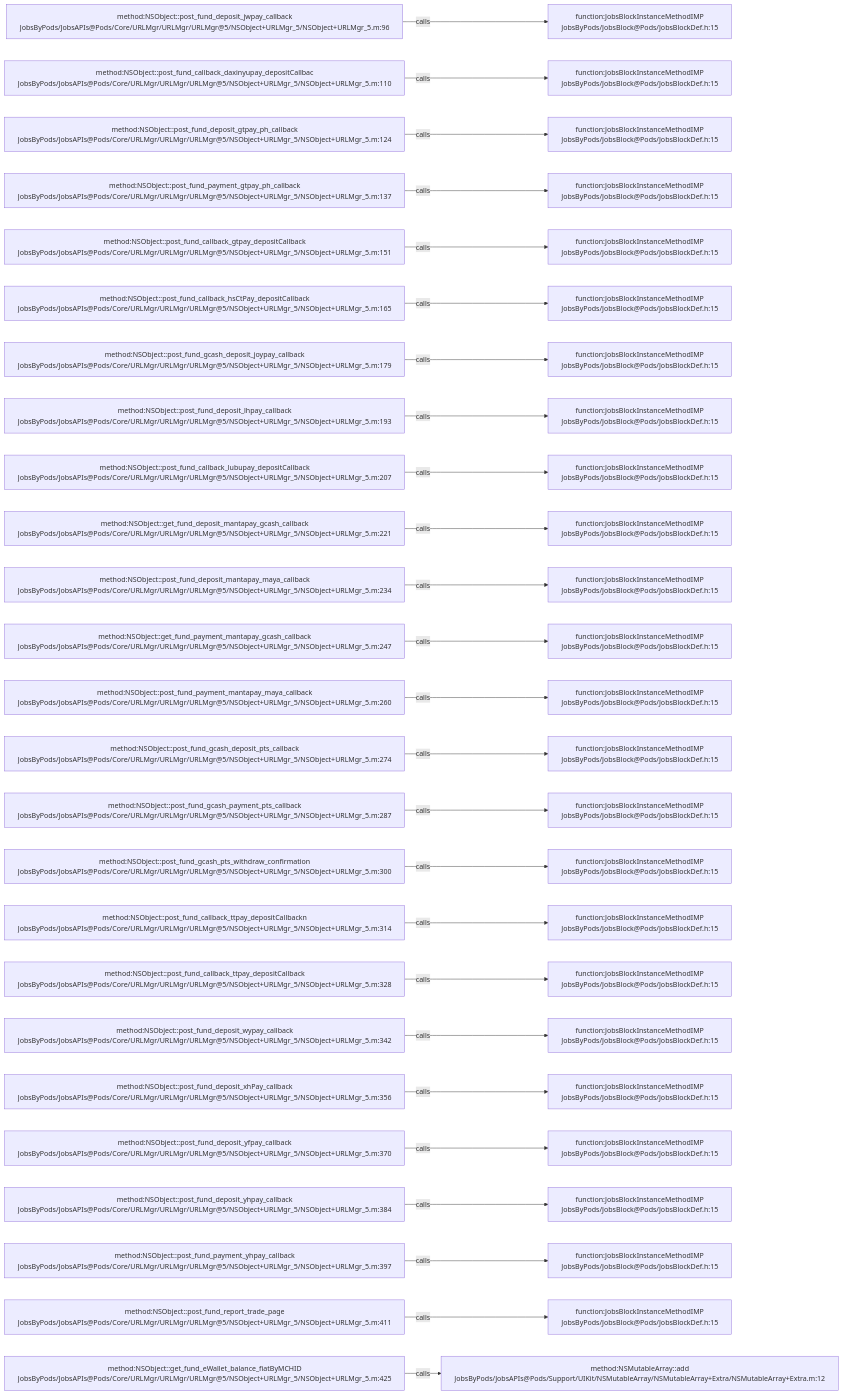
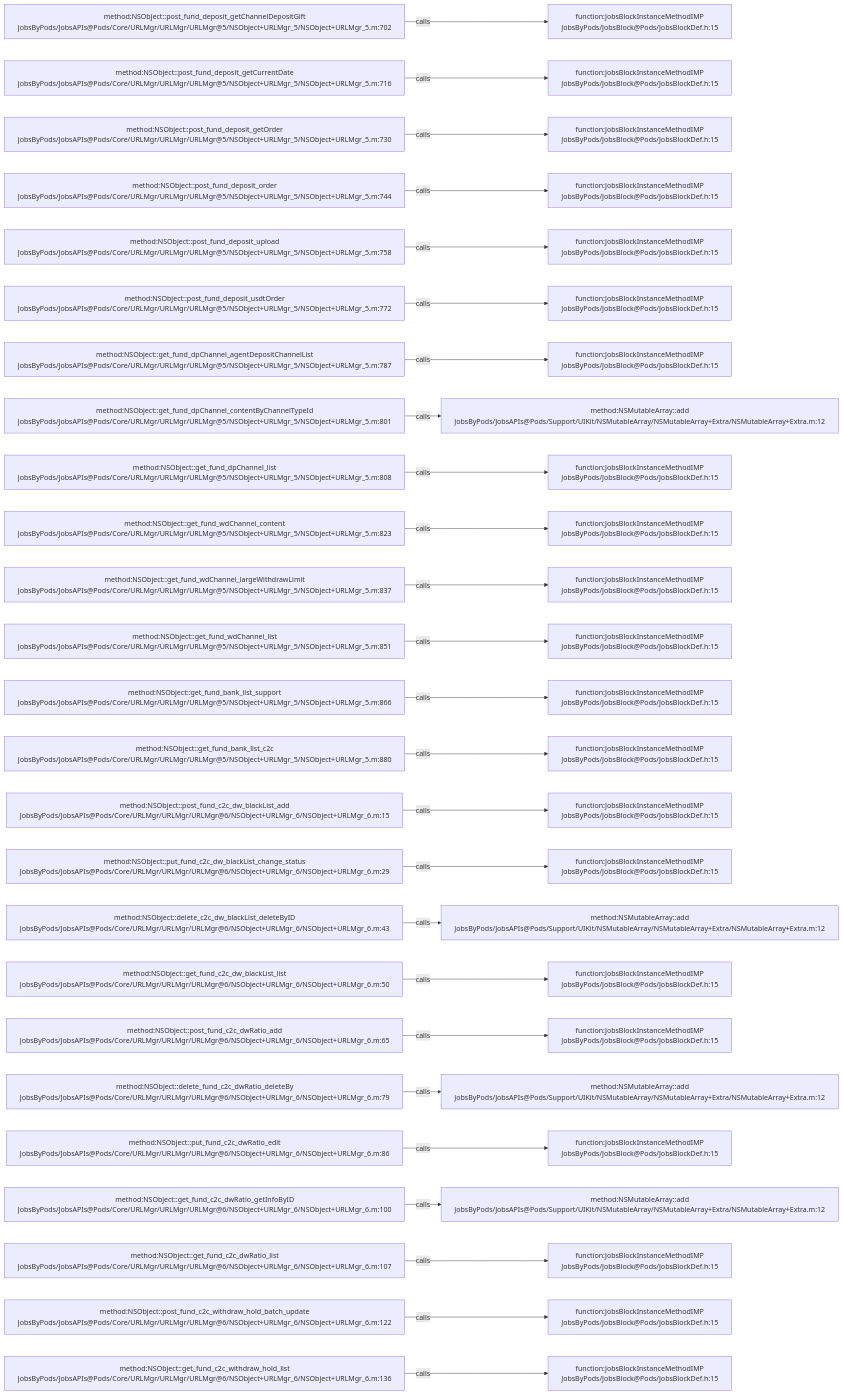
One commit to JobsKits/JobsOCBaseConfigDemo changed the diagram in .codegraph/codegraph.md/graphs/calls-064.md. Above: the diagram before and after it, drawn with Mermaid. The commit also changed 223 other files, not shown here.

````diff
--- a/.codegraph/codegraph.md/graphs/calls-064.md
+++ b/.codegraph/codegraph.md/graphs/calls-064.md
@@ -13,78 +13,78 @@
 ```mermaid
 flowchart LR
-  S1["method:NSObject::post_fund_deposit_jwpay_callback<br/>JobsByPods/JobsAPIs@Pods/Core/URLMgr/URLMgr/URLMgr@5/NSObject+URLMgr_5/NSObject+URLMgr_5.m:96"]
+  S1["method:NSObject::post_fund_deposit_getChannelDepositGift<br/>JobsByPods/JobsAPIs@Pods/Core/URLMgr/URLMgr/URLMgr@5/NSObject+URLMgr_5/NSObject+URLMgr_5.m:702"]
   T1["function:JobsBlockInstanceMethodIMP<br/>JobsByPods/JobsBlock@Pods/JobsBlockDef.h:15"]
   S1 -->|calls| T1
-  S2["method:NSObject::post_fund_callback_daxinyupay_depositCallbac<br/>JobsByPods/JobsAPIs@Pods/Core/URLMgr/URLMgr/URLMgr@5/NSObject+URLMgr_5/NSObject+URLMgr_5.m:110"]
+  S2["method:NSObject::post_fund_deposit_getCurrentDate<br/>JobsByPods/JobsAPIs@Pods/Core/URLMgr/URLMgr/URLMgr@5/NSObject+URLMgr_5/NSObject+URLMgr_5.m:716"]
   T2["function:JobsBlockInstanceMethodIMP<br/>JobsByPods/JobsBlock@Pods/JobsBlockDef.h:15"]
   S2 -->|calls| T2
-  S3["method:NSObject::post_fund_deposit_gtpay_ph_callback<br/>JobsByPods/JobsAPIs@Pods/Core/URLMgr/URLMgr/URLMgr@5/NSObject+URLMgr_5/NSObject+URLMgr_5.m:124"]
+  S3["method:NSObject::post_fund_deposit_getOrder<br/>JobsByPods/JobsAPIs@Pods/Core/URLMgr/URLMgr/URLMgr@5/NSObject+URLMgr_5/NSObject+URLMgr_5.m:730"]
   T3["function:JobsBlockInstanceMethodIMP<br/>JobsByPods/JobsBlock@Pods/JobsBlockDef.h:15"]
   S3 -->|calls| T3
-  S4["method:NSObject::post_fund_payment_gtpay_ph_callback<br/>JobsByPods/JobsAPIs@Pods/Core/URLMgr/URLMgr/URLMgr@5/NSObject+URLMgr_5/NSObject+URLMgr_5.m:137"]
+  S4["method:NSObject::post_fund_deposit_order<br/>JobsByPods/JobsAPIs@Pods/Core/URLMgr/URLMgr/URLMgr@5/NSObject+URLMgr_5/NSObject+URLMgr_5.m:744"]
   T4["function:JobsBlockInstanceMethodIMP<br/>JobsByPods/JobsBlock@Pods/JobsBlockDef.h:15"]
   S4 -->|calls| T4
-  S5["method:NSObject::post_fund_callback_gtpay_depositCallback<br/>JobsByPods/JobsAPIs@Pods/Core/URLMgr/URLMgr/URLMgr@5/NSObject+URLMgr_5/NSObject+URLMgr_5.m:151"]
+  S5["method:NSObject::post_fund_deposit_upload<br/>JobsByPods/JobsAPIs@Pods/Core/URLMgr/URLMgr/URLMgr@5/NSObject+URLMgr_5/NSObject+URLMgr_5.m:758"]
   T5["function:JobsBlockInstanceMethodIMP<br/>JobsByPods/JobsBlock@Pods/JobsBlockDef.h:15"]
   S5 -->|calls| T5
-  S6["method:NSObject::post_fund_callback_hsCtPay_depositCallback<br/>JobsByPods/JobsAPIs@Pods/Core/URLMgr/URLMgr/URLMgr@5/NSObject+URLMgr_5/NSObject+URLMgr_5.m:165"]
+  S6["method:NSObject::post_fund_deposit_usdtOrder<br/>JobsByPods/JobsAPIs@Pods/Core/URLMgr/URLMgr/URLMgr@5/NSObject+URLMgr_5/NSObject+URLMgr_5.m:772"]
   T6["function:JobsBlockInstanceMethodIMP<br/>JobsByPods/JobsBlock@Pods/JobsBlockDef.h:15"]
   S6 -->|calls| T6
-  S7["method:NSObject::post_fund_gcash_deposit_joypay_callback<br/>JobsByPods/JobsAPIs@Pods/Core/URLMgr/URLMgr/URLMgr@5/NSObject+URLMgr_5/NSObject+URLMgr_5.m:179"]
+  S7["method:NSObject::get_fund_dpChannel_agentDepositChannelList<br/>JobsByPods/JobsAPIs@Pods/Core/URLMgr/URLMgr/URLMgr@5/NSObject+URLMgr_5/NSObject+URLMgr_5.m:787"]
   T7["function:JobsBlockInstanceMethodIMP<br/>JobsByPods/JobsBlock@Pods/JobsBlockDef.h:15"]
   S7 -->|calls| T7
-  S8["method:NSObject::post_fund_deposit_lhpay_callback<br/>JobsByPods/JobsAPIs@Pods/Core/URLMgr/URLMgr/URLMgr@5/NSObject+URLMgr_5/NSObject+URLMgr_5.m:193"]
-  T8["function:JobsBlockInstanceMethodIMP<br/>JobsByPods/JobsBlock@Pods/JobsBlockDef.h:15"]
+  S8["method:NSObject::get_fund_dpChannel_contentByChannelTypeId<br/>JobsByPods/JobsAPIs@Pods/Core/URLMgr/URLMgr/URLMgr@5/NSObject+URLMgr_5/NSObject+URLMgr_5.m:801"]
+  T8["method:NSMutableArray::add<br/>JobsByPods/JobsAPIs@Pods/Support/UIKit/NSMutableArray/NSMutableArray+Extra/NSMutableArray+Extra.m:12"]
   S8 -->|calls| T8
-  S9["method:NSObject::post_fund_callback_lubupay_depositCallback<br/>JobsByPods/JobsAPIs@Pods/Core/URLMgr/URLMgr/URLMgr@5/NSObject+URLMgr_5/NSObject+URLMgr_5.m:207"]
+  S9["method:NSObject::get_fund_dpChannel_list<br/>JobsByPods/JobsAPIs@Pods/Core/URLMgr/URLMgr/URLMgr@5/NSObject+URLMgr_5/NSObject+URLMgr_5.m:808"]
   T9["function:JobsBlockInstanceMethodIMP<br/>JobsByPods/JobsBlock@Pods/JobsBlockDef.h:15"]
   S9 -->|calls| T9
-  S10["method:NSObject::get_fund_deposit_mantapay_gcash_callback<br/>JobsByPods/JobsAPIs@Pods/Core/URLMgr/URLMgr/URLMgr@5/NSObject+URLMgr_5/NSObject+URLMgr_5.m:221"]
+  S10["method:NSObject::get_fund_wdChannel_content<br/>JobsByPods/JobsAPIs@Pods/Core/URLMgr/URLMgr/URLMgr@5/NSObject+URLMgr_5/NSObject+URLMgr_5.m:823"]
   T10["function:JobsBlockInstanceMethodIMP<br/>JobsByPods/JobsBlock@Pods/JobsBlockDef.h:15"]
   S10 -->|calls| T10
-  S11["method:NSObject::post_fund_deposit_mantapay_maya_callback<br/>JobsByPods/JobsAPIs@Pods/Core/URLMgr/URLMgr/URLMgr@5/NSObject+URLMgr_5/NSObject+URLMgr_5.m:234"]
+  S11["method:NSObject::get_fund_wdChannel_largeWithdrawLimit<br/>JobsByPods/JobsAPIs@Pods/Core/URLMgr/URLMgr/URLMgr@5/NSObject+URLMgr_5/NSObject+URLMgr_5.m:837"]
   T11["function:JobsBlockInstanceMethodIMP<br/>JobsByPods/JobsBlock@Pods/JobsBlockDef.h:15"]
   S11 -->|calls| T11
-  S12["method:NSObject::get_fund_payment_mantapay_gcash_callback<br/>JobsByPods/JobsAPIs@Pods/Core/URLMgr/URLMgr/URLMgr@5/NSObject+URLMgr_5/NSObject+URLMgr_5.m:247"]
+  S12["method:NSObject::get_fund_wdChannel_list<br/>JobsByPods/JobsAPIs@Pods/Core/URLMgr/URLMgr/URLMgr@5/NSObject+URLMgr_5/NSObject+URLMgr_5.m:851"]
   T12["function:JobsBlockInstanceMethodIMP<br/>JobsByPods/JobsBlock@Pods/JobsBlockDef.h:15"]
   S12 -->|calls| T12
-  S13["method:NSObject::post_fund_payment_mantapay_maya_callback<br/>JobsByPods/JobsAPIs@Pods/Core/URLMgr/URLMgr/URLMgr@5/NSObject+URLMgr_5/NSObject+URLMgr_5.m:260"]
+  S13["method:NSObject::get_fund_bank_list_support<br/>JobsByPods/JobsAPIs@Pods/Core/URLMgr/URLMgr/URLMgr@5/NSObject+URLMgr_5/NSObject+URLMgr_5.m:866"]
   T13["function:JobsBlockInstanceMethodIMP<br/>JobsByPods/JobsBlock@Pods/JobsBlockDef.h:15"]
   S13 -->|calls| T13
-  S14["method:NSObject::post_fund_gcash_deposit_pts_callback<br/>JobsByPods/JobsAPIs@Pods/Core/URLMgr/URLMgr/URLMgr@5/NSObject+URLMgr_5/NSObject+URLMgr_5.m:274"]
+  S14["method:NSObject::get_fund_bank_list_c2c<br/>JobsByPods/JobsAPIs@Pods/Core/URLMgr/URLMgr/URLMgr@5/NSObject+URLMgr_5/NSObject+URLMgr_5.m:880"]
   T14["function:JobsBlockInstanceMethodIMP<br/>JobsByPods/JobsBlock@Pods/JobsBlockDef.h:15"]
   S14 -->|calls| T14
-  S15["method:NSObject::post_fund_gcash_payment_pts_callback<br/>JobsByPods/JobsAPIs@Pods/Core/URLMgr/URLMgr/URLMgr@5/NSObject+URLMgr_5/NSObject+URLMgr_5.m:287"]
+  S15["method:NSObject::post_fund_c2c_dw_blackList_add<br/>JobsByPods/JobsAPIs@Pods/Core/URLMgr/URLMgr/URLMgr@6/NSObject+URLMgr_6/NSObject+URLMgr_6.m:15"]
   T15["function:JobsBlockInstanceMethodIMP<br/>JobsByPods/JobsBlock@Pods/JobsBlockDef.h:15"]
   S15 -->|calls| T15
-  S16["method:NSObject::post_fund_gcash_pts_withdraw_confirmation<br/>JobsByPods/JobsAPIs@Pods/Core/URLMgr/URLMgr/URLMgr@5/NSObject+URLMgr_5/NSObject+URLMgr_5.m:300"]
+  S16["method:NSObject::put_fund_c2c_dw_blackList_change_status<br/>JobsByPods/JobsAPIs@Pods/Core/URLMgr/URLMgr/URLMgr@6/NSObject+URLMgr_6/NSObject+URLMgr_6.m:29"]
   T16["function:JobsBlockInstanceMethodIMP<br/>JobsByPods/JobsBlock@Pods/JobsBlockDef.h:15"]
   S16 -->|calls| T16
-  S17["method:NSObject::post_fund_callback_ttpay_depositCallbackn<br/>JobsByPods/JobsAPIs@Pods/Core/URLMgr/URLMgr/URLMgr@5/NSObject+URLMgr_5/NSObject+URLMgr_5.m:314"]
-  T17["function:JobsBlockInstanceMethodIMP<br/>JobsByPods/JobsBlock@Pods/JobsBlockDef.h:15"]
+  S17["method:NSObject::delete_c2c_dw_blackList_deleteByID<br/>JobsByPods/JobsAPIs@Pods/Core/URLMgr/URLMgr/URLMgr@6/NSObject+URLMgr_6/NSObject+URLMgr_6.m:43"]
+  T17["method:NSMutableArray::add<br/>JobsByPods/JobsAPIs@Pods/Support/UIKit/NSMutableArray/NSMutableArray+Extra/NSMutableArray+Extra.m:12"]
   S17 -->|calls| T17
-  S18["method:NSObject::post_fund_callback_ttpay_depositCallback<br/>JobsByPods/JobsAPIs@Pods/Core/URLMgr/URLMgr/URLMgr@5/NSObject+URLMgr_5/NSObject+URLMgr_5.m:328"]
+  S18["method:NSObject::get_fund_c2c_dw_blackList_list<br/>JobsByPods/JobsAPIs@Pods/Core/URLMgr/URLMgr/URLMgr@6/NSObject+URLMgr_6/NSObject+URLMgr_6.m:50"]
   T18["function:JobsBlockInstanceMethodIMP<br/>JobsByPods/JobsBlock@Pods/JobsBlockDef.h:15"]
   S18 -->|calls| T18
-  S19["method:NSObject::post_fund_deposit_wypay_callback<br/>JobsByPods/JobsAPIs@Pods/Core/URLMgr/URLMgr/URLMgr@5/NSObject+URLMgr_5/NSObject+URLMgr_5.m:342"]
+  S19["method:NSObject::post_fund_c2c_dwRatio_add<br/>JobsByPods/JobsAPIs@Pods/Core/URLMgr/URLMgr/URLMgr@6/NSObject+URLMgr_6/NSObject+URLMgr_6.m:65"]
   T19["function:JobsBlockInstanceMethodIMP<br/>JobsByPods/JobsBlock@Pods/JobsBlockDef.h:15"]
   S19 -->|calls| T19
-  S20["method:NSObject::post_fund_deposit_xhPay_callback<br/>JobsByPods/JobsAPIs@Pods/Core/URLMgr/URLMgr/URLMgr@5/NSObject+URLMgr_5/NSObject+URLMgr_5.m:356"]
-  T20["function:JobsBlockInstanceMethodIMP<br/>JobsByPods/JobsBlock@Pods/JobsBlockDef.h:15"]
+  S20["method:NSObject::delete_fund_c2c_dwRatio_deleteBy<br/>JobsByPods/JobsAPIs@Pods/Core/URLMgr/URLMgr/URLMgr@6/NSObject+URLMgr_6/NSObject+URLMgr_6.m:79"]
+  T20["method:NSMutableArray::add<br/>JobsByPods/JobsAPIs@Pods/Support/UIKit/NSMutableArray/NSMutableArray+Extra/NSMutableArray+Extra.m:12"]
   S20 -->|calls| T20
-  S21["method:NSObject::post_fund_deposit_yfpay_callback<br/>JobsByPods/JobsAPIs@Pods/Core/URLMgr/URLMgr/URLMgr@5/NSObject+URLMgr_5/NSObject+URLMgr_5.m:370"]
+  S21["method:NSObject::put_fund_c2c_dwRatio_edit<br/>JobsByPods/JobsAPIs@Pods/Core/URLMgr/URLMgr/URLMgr@6/NSObject+URLMgr_6/NSObject+URLMgr_6.m:86"]
   T21["function:JobsBlockInstanceMethodIMP<br/>JobsByPods/JobsBlock@Pods/JobsBlockDef.h:15"]
   S21 -->|calls| T21
-  S22["method:NSObject::post_fund_deposit_yhpay_callback<br/>JobsByPods/JobsAPIs@Pods/Core/URLMgr/URLMgr/URLMgr@5/NSObject+URLMgr_5/NSObject+URLMgr_5.m:384"]
-  T22["function:JobsBlockInstanceMethodIMP<br/>JobsByPods/JobsBlock@Pods/JobsBlockDef.h:15"]
+  S22["method:NSObject::get_fund_c2c_dwRatio_getInfoByID<br/>JobsByPods/JobsAPIs@Pods/Core/URLMgr/URLMgr/URLMgr@6/NSObject+URLMgr_6/NSObject+URLMgr_6.m:100"]
+  T22["method:NSMutableArray::add<br/>JobsByPods/JobsAPIs@Pods/Support/UIKit/NSMutableArray/NSMutableArray+Extra/NSMutableArray+Extra.m:12"]
   S22 -->|calls| T22
-  S23["method:NSObject::post_fund_payment_yhpay_callback<br/>JobsByPods/JobsAPIs@Pods/Core/URLMgr/URLMgr/URLMgr@5/NSObject+URLMgr_5/NSObject+URLMgr_5.m:397"]
+  S23["method:NSObject::get_fund_c2c_dwRatio_list<br/>JobsByPods/JobsAPIs@Pods/Core/URLMgr/URLMgr/URLMgr@6/NSObject+URLMgr_6/NSObject+URLMgr_6.m:107"]
   T23["function:JobsBlockInstanceMethodIMP<br/>JobsByPods/JobsBlock@Pods/JobsBlockDef.h:15"]
   S23 -->|calls| T23
-  S24["method:NSObject::post_fund_report_trade_page<br/>JobsByPods/JobsAPIs@Pods/Core/URLMgr/URLMgr/URLMgr@5/NSObject+URLMgr_5/NSObject+URLMgr_5.m:411"]
+  S24["method:NSObject::post_fund_c2c_withdraw_hold_batch_update<br/>JobsByPods/JobsAPIs@Pods/Core/URLMgr/URLMgr/URLMgr@6/NSObject+URLMgr_6/NSObject+URLMgr_6.m:122"]
   T24["function:JobsBlockInstanceMethodIMP<br/>JobsByPods/JobsBlock@Pods/JobsBlockDef.h:15"]
   S24 -->|calls| T24
-  S25["method:NSObject::get_fund_eWallet_balance_fiatByMCHID<br/>JobsByPods/JobsAPIs@Pods/Core/URLMgr/URLMgr/URLMgr@5/NSObject+URLMgr_5/NSObject+URLMgr_5.m:425"]
-  T25["method:NSMutableArray::add<br/>JobsByPods/JobsAPIs@Pods/Support/UIKit/NSMutableArray/NSMutableArray+Extra/NSMutableArray+Extra.m:12"]
+  S25["method:NSObject::get_fund_c2c_withdraw_hold_list<br/>JobsByPods/JobsAPIs@Pods/Core/URLMgr/URLMgr/URLMgr@6/NSObject+URLMgr_6/NSObject+URLMgr_6.m:136"]
+  T25["function:JobsBlockInstanceMethodIMP<br/>JobsByPods/JobsBlock@Pods/JobsBlockDef.h:15"]
   S25 -->|calls| T25
 ```
````
